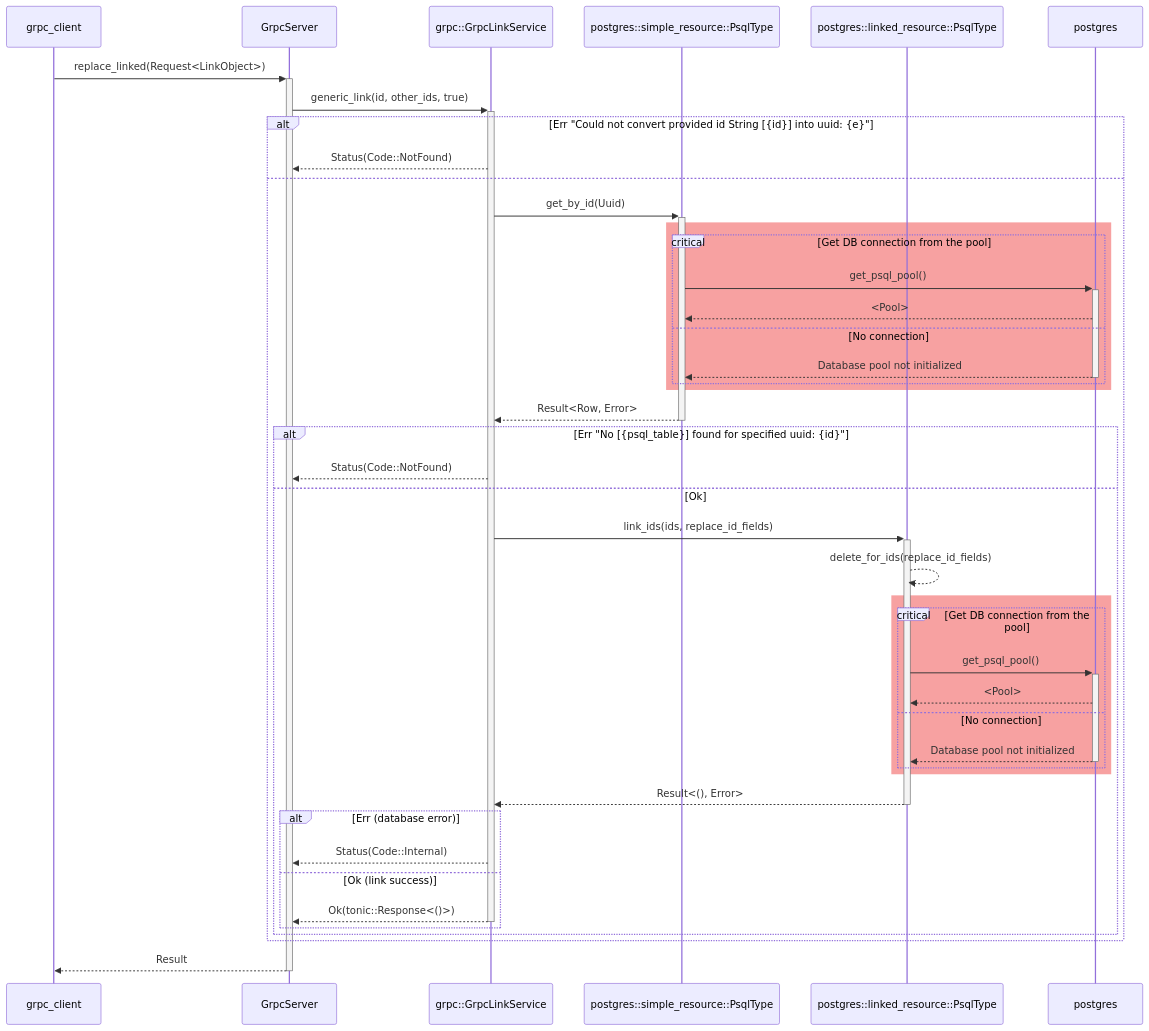
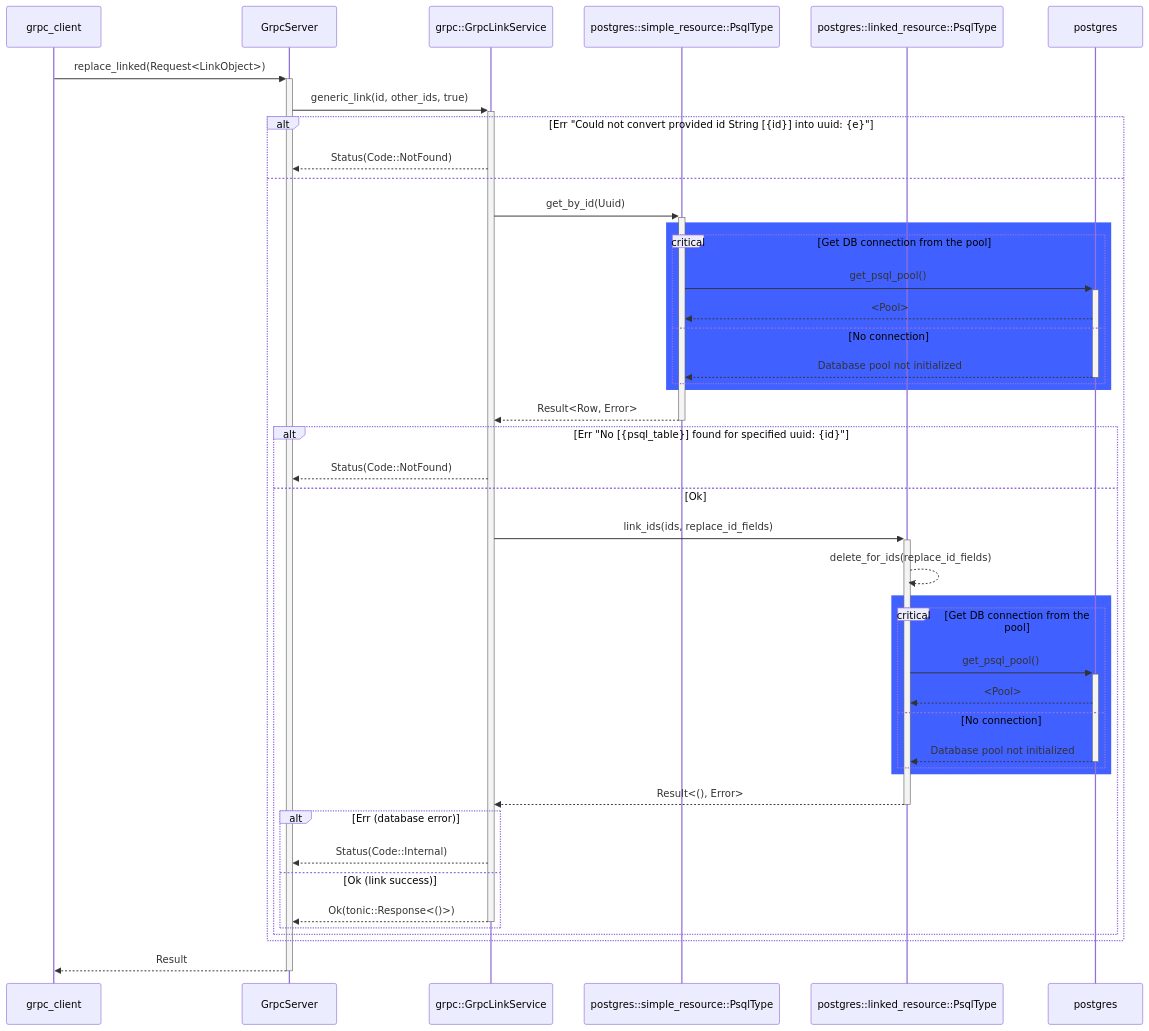
Before and after one commit to aetheric-oss/svc-storage: the ninth of 13 diagrams in docs/sdd.md, drawn with Mermaid. The commit also changed other lines of this file and 4 other files, not shown here.

````diff
--- a/docs/sdd.md
+++ b/docs/sdd.md
@@ -417,46 +418,46 @@
 ```mermaid
 sequenceDiagram
     participant client as grpc_client
     participant grpc_server as GrpcServer
     participant grpc_service as grpc::GrpcLinkService
     participant psql_simple as postgres::simple_resource::PsqlType
     participant psql_linked as postgres::linked_resource::PsqlType
     participant psql as postgres
     client->>+grpc_server: replace_linked(Request<LinkObject>)
     grpc_server->>+grpc_service: generic_link(id, other_ids, true)
     alt Err "Could not convert provided id String [{id}] into uuid: {e}"
         grpc_service-->>grpc_server: Status(Code::NotFound)
     else
         grpc_service->>+psql_simple: get_by_id(Uuid)
-        rect rgb(247, 161, 161)
+        rect rgb(64,97,255)
             critical Get DB connection from the pool
                 psql_simple->>+psql: get_psql_pool()
                 psql-->>psql_simple: <Pool>
             option No connection
                 psql-->>-psql_simple: Database pool not initialized
             end
         end
         psql_simple-->>-grpc_service: Result<Row, Error>
         alt Err "No [{psql_table}] found for specified uuid: {id}"
             grpc_service-->>grpc_server: Status(Code::NotFound)
         else Ok
             grpc_service->>+psql_linked: link_ids(ids, replace_id_fields)
             psql_linked-->>psql_linked: delete_for_ids(replace_id_fields)
-            rect rgb(247, 161, 161)
+            rect rgb(64,97,255)
                 critical Get DB connection from the pool
                     psql_linked->>+psql: get_psql_pool()
                     psql-->>psql_linked: <Pool>
                 option No connection
                     psql-->>-psql_linked: Database pool not initialized
                 end
             end
             psql_linked-->>-grpc_service: Result<(), Error>
             alt Err (database error)
                 grpc_service-->>grpc_server: Status(Code::Internal)
             else Ok (link success)
                 grpc_service-->>-grpc_server: Ok(tonic::Response<()>)
             end
         end
     end
     grpc_server-->>-client: Result
 ```
````
